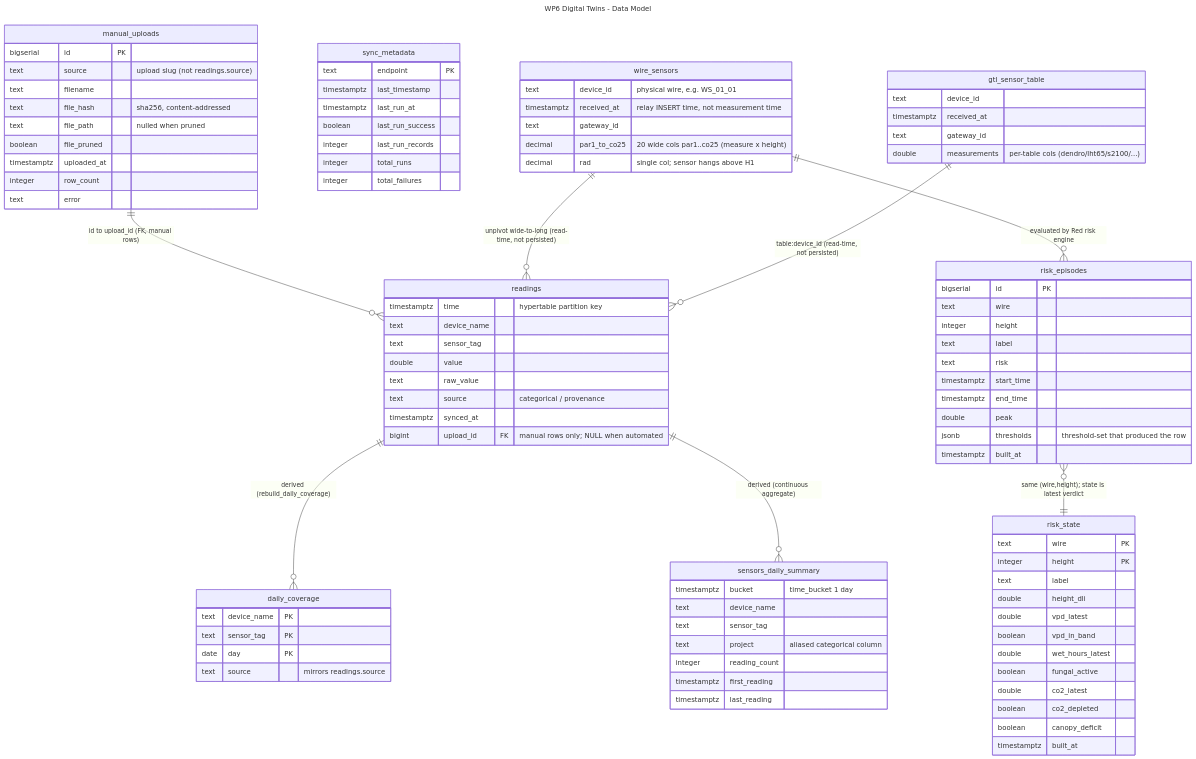
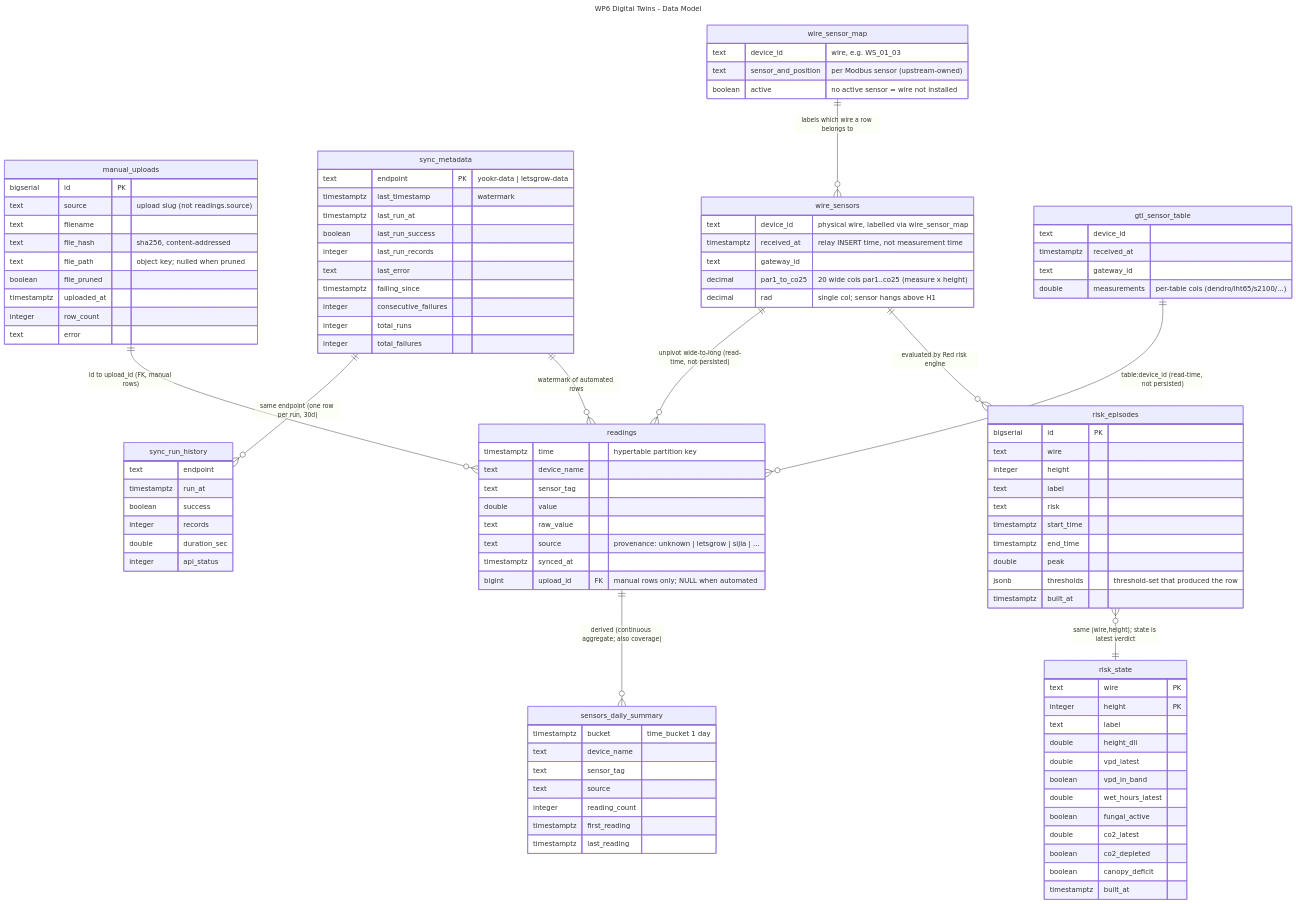
One commit to SPOHF/SPoHF-WP6-Twins changed the diagram in docs/architecture/diagrams/data-model.mmd. Above: the diagram before and after it, drawn with Mermaid. The commit also changed 5 other files, not shown here.

First line of the commit message:
docs(architecture): refresh C4 diagrams — object storage, LetsGrow sync, v2 cluster

```diff
--- a/docs/architecture/diagrams/data-model.mmd
+++ b/docs/architecture/diagrams/data-model.mmd
@@ -1,114 +1,127 @@
 ---
 title: "WP6 Digital Twins - Data Model"
 ---
 erDiagram
     %% SSOT — also embedded in docs/architecture/index.md.
     %% Edit this file first, then mirror into index.md.
     %% Two physical stores feed ONE logical reading shape:
     %%   TimescaleDB (wp6_blue / wp6_red) — persisted readings + audit/derived/risk
     %%   Fontys GTL MySQL — Red's live greenhouse feed, unpivoted at read time
     %% Edge label conventions:
     %%   "FK"        real foreign key
     %%   "derived"   built from the source table
     %%   "read-time" projected into the reading shape by the provider, NOT persisted
 
     manual_uploads {
         bigserial   id PK
         text        source "upload slug (not readings.source)"
         text        filename
         text        file_hash "sha256, content-addressed"
-        text        file_path "nulled when pruned"
+        text        file_path "object key; nulled when pruned"
         boolean     file_pruned
         timestamptz uploaded_at
         integer     row_count
         text        error
     }
 
     readings {
         timestamptz time "hypertable partition key"
         text        device_name
         text        sensor_tag
         double      value
         text        raw_value
-        text        source "categorical / provenance"
+        text        source "provenance: unknown | letsgrow | sijia | ..."
         timestamptz synced_at
         bigint      upload_id FK "manual rows only; NULL when automated"
     }
 
     sync_metadata {
-        text        endpoint PK
-        timestamptz last_timestamp
+        text        endpoint PK "yookr-data | letsgrow-data"
+        timestamptz last_timestamp "watermark"
         timestamptz last_run_at
         boolean     last_run_success
         integer     last_run_records
+        text        last_error
+        timestamptz failing_since
+        integer     consecutive_failures
         integer     total_runs
         integer     total_failures
     }
 
-    daily_coverage {
-        text device_name PK
-        text sensor_tag PK
-        date day PK
-        text source "mirrors readings.source"
+    sync_run_history {
+        text        endpoint
+        timestamptz run_at
+        boolean     success
+        integer     records
+        double      duration_sec
+        integer     api_status
     }
 
     sensors_daily_summary {
         timestamptz bucket "time_bucket 1 day"
         text        device_name
         text        sensor_tag
-        text        project "aliased categorical column"
+        text        source
         integer     reading_count
         timestamptz first_reading
         timestamptz last_reading
     }
 
     risk_episodes {
         bigserial   id PK
         text        wire
         integer     height
         text        label
         text        risk
         timestamptz start_time
         timestamptz end_time
         double      peak
         jsonb       thresholds "threshold-set that produced the row"
         timestamptz built_at
     }
 
     risk_state {
         text    wire PK
         integer height PK
         text    label
         double  height_dli
         double  vpd_latest
         boolean vpd_in_band
         double  wet_hours_latest
         boolean fungal_active
         double  co2_latest
         boolean co2_depleted
         boolean canopy_deficit
         timestamptz built_at
     }
 
+    wire_sensor_map {
+        text    device_id "wire, e.g. WS_01_03"
+        text    sensor_and_position "per Modbus sensor (upstream-owned)"
+        boolean active "no active sensor = wire not installed"
+    }
+
     wire_sensors {
-        text        device_id "physical wire, e.g. WS_01_01"
+        text        device_id "physical wire, labelled via wire_sensor_map"
         timestamptz received_at "relay INSERT time, not measurement time"
         text        gateway_id
         decimal     par1_to_co25 "20 wide cols par1..co25 (measure x height)"
         decimal     rad "single col; sensor hangs above H1"
     }
 
     gtl_sensor_table {
         text        device_id
         timestamptz received_at
         text        gateway_id
         double      measurements "per-table cols (dendro/lht65/s2100/...)"
     }
 
     manual_uploads ||--o{ readings : "id to upload_id (FK, manual rows)"
-    readings ||--o{ daily_coverage : "derived (rebuild_daily_coverage)"
-    readings ||--o{ sensors_daily_summary : "derived (continuous aggregate)"
+    readings ||--o{ sensors_daily_summary : "derived (continuous aggregate; also coverage)"
+    sync_metadata ||--o{ sync_run_history : "same endpoint (one row per run, 30d)"
+    sync_metadata ||--o{ readings : "watermark of automated rows"
+    wire_sensor_map ||--o{ wire_sensors : "labels which wire a row belongs to"
     wire_sensors ||--o{ readings : "unpivot wide-to-long (read-time, not persisted)"
     gtl_sensor_table ||--o{ readings : "table:device_id (read-time, not persisted)"
     wire_sensors ||--o{ risk_episodes : "evaluated by Red risk engine"
     risk_episodes }o--|| risk_state : "same (wire,height); state is latest verdict"
```
